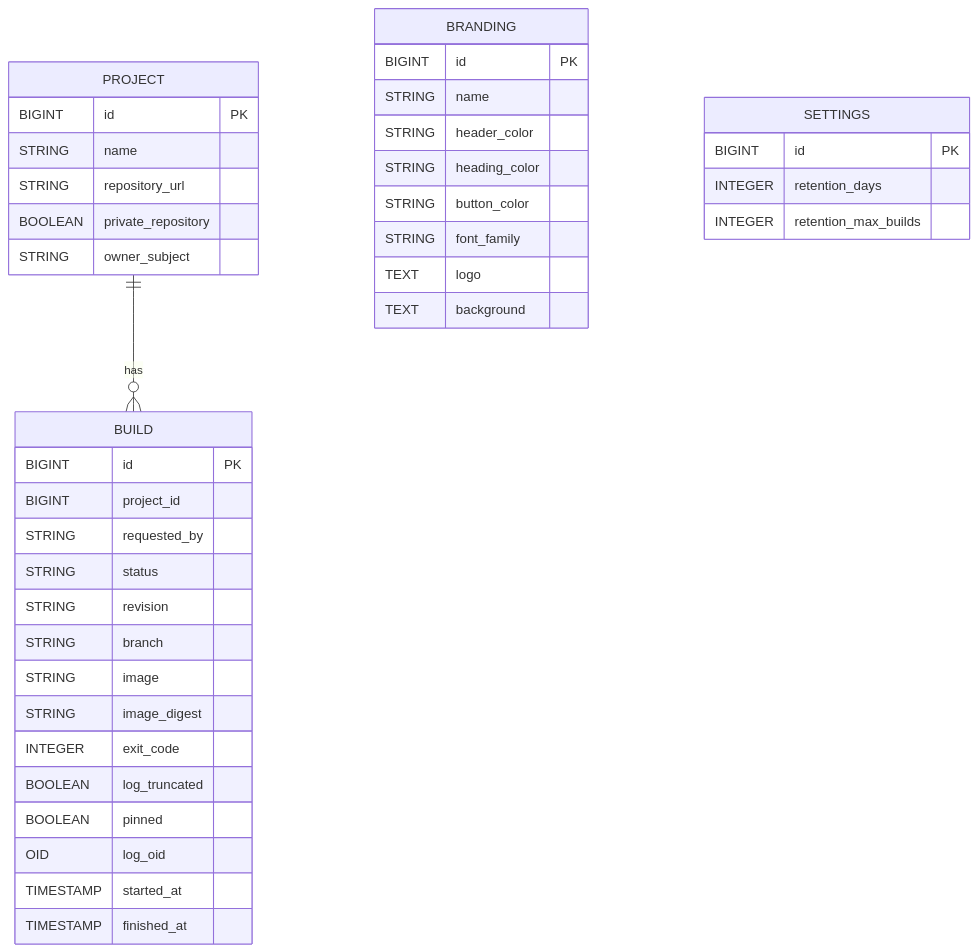
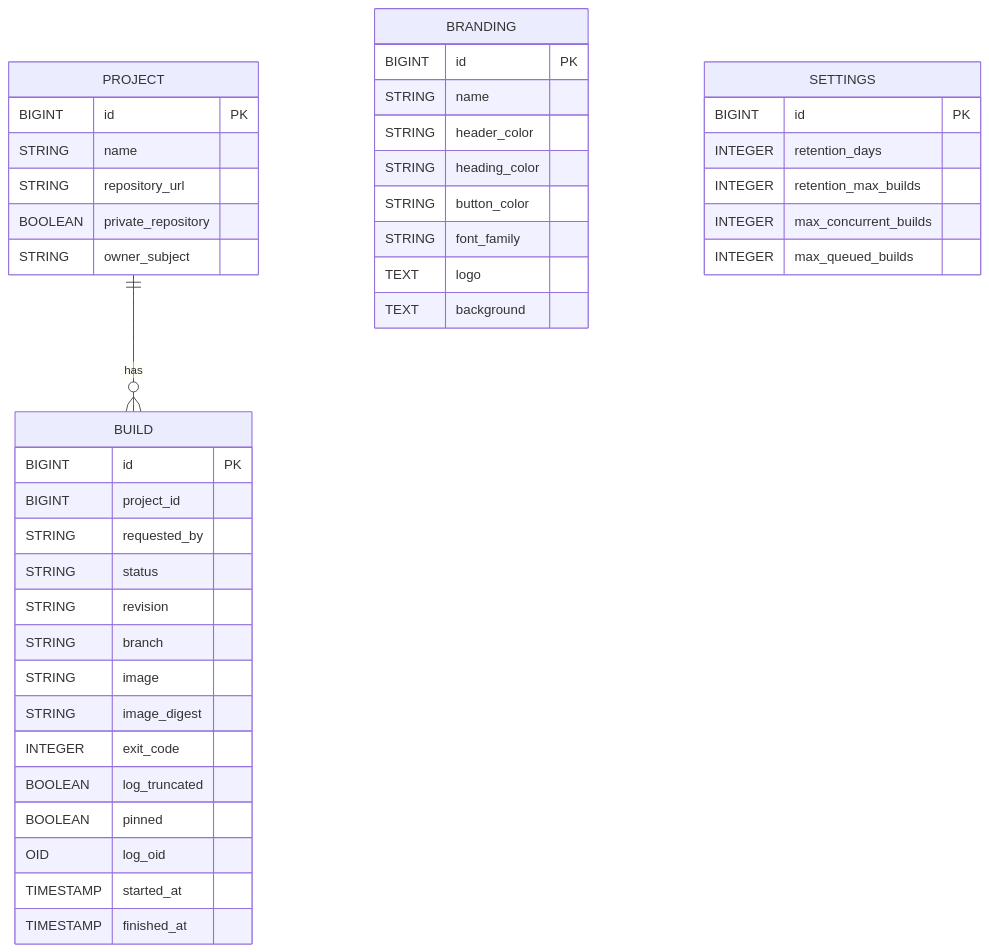
The diagram in docs/entity-diagram.md (Mohamed-Alkafory/cisys), drawn with Mermaid before and after one commit. The commit also changed 11 other files, not shown here.

````diff
--- a/docs/entity-diagram.md
+++ b/docs/entity-diagram.md
@@ -5,46 +5,48 @@
 ```mermaid
 erDiagram
     PROJECT {
         BIGINT id PK
         STRING name
         STRING repository_url
         BOOLEAN private_repository
         STRING owner_subject
     }
 
     BUILD {
         BIGINT id PK
         BIGINT project_id
         STRING requested_by
         STRING status
         STRING revision
         STRING branch
         STRING image
         STRING image_digest
         INTEGER exit_code
         BOOLEAN log_truncated
         BOOLEAN pinned
         OID log_oid
         TIMESTAMP started_at
         TIMESTAMP finished_at
     }
 
     BRANDING {
         BIGINT id PK
         STRING name
         STRING header_color
         STRING heading_color
         STRING button_color
         STRING font_family
         TEXT logo
         TEXT background
     }
 
     SETTINGS {
         BIGINT id PK
         INTEGER retention_days
         INTEGER retention_max_builds
+        INTEGER max_concurrent_builds
+        INTEGER max_queued_builds
     }
 
     PROJECT ||--o{ BUILD : has
 ```
````
